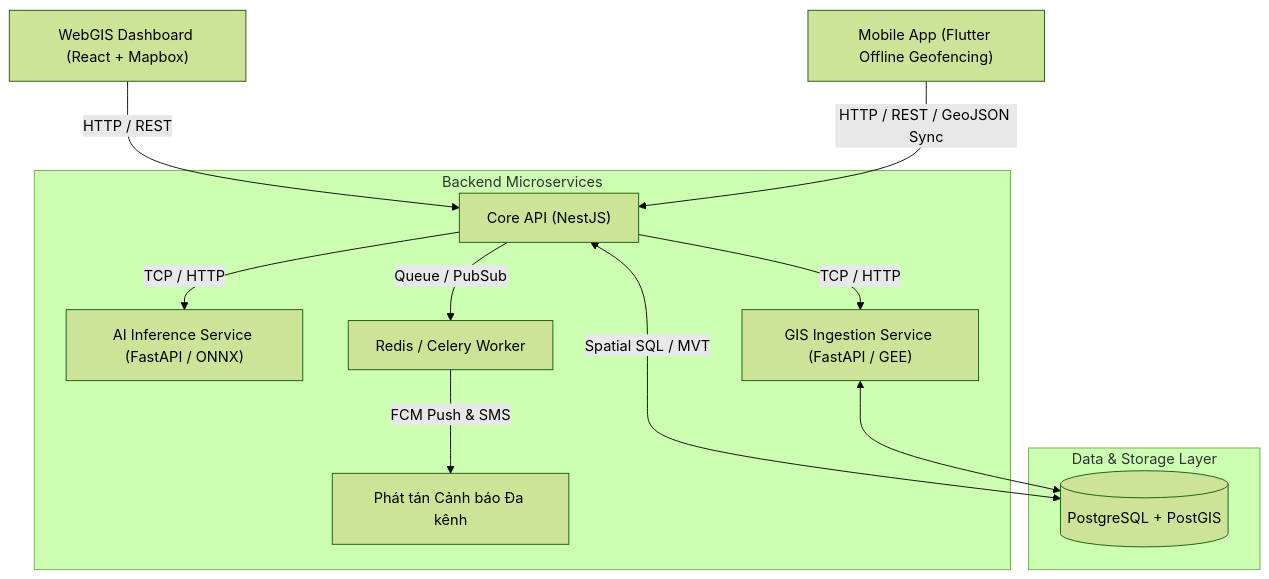
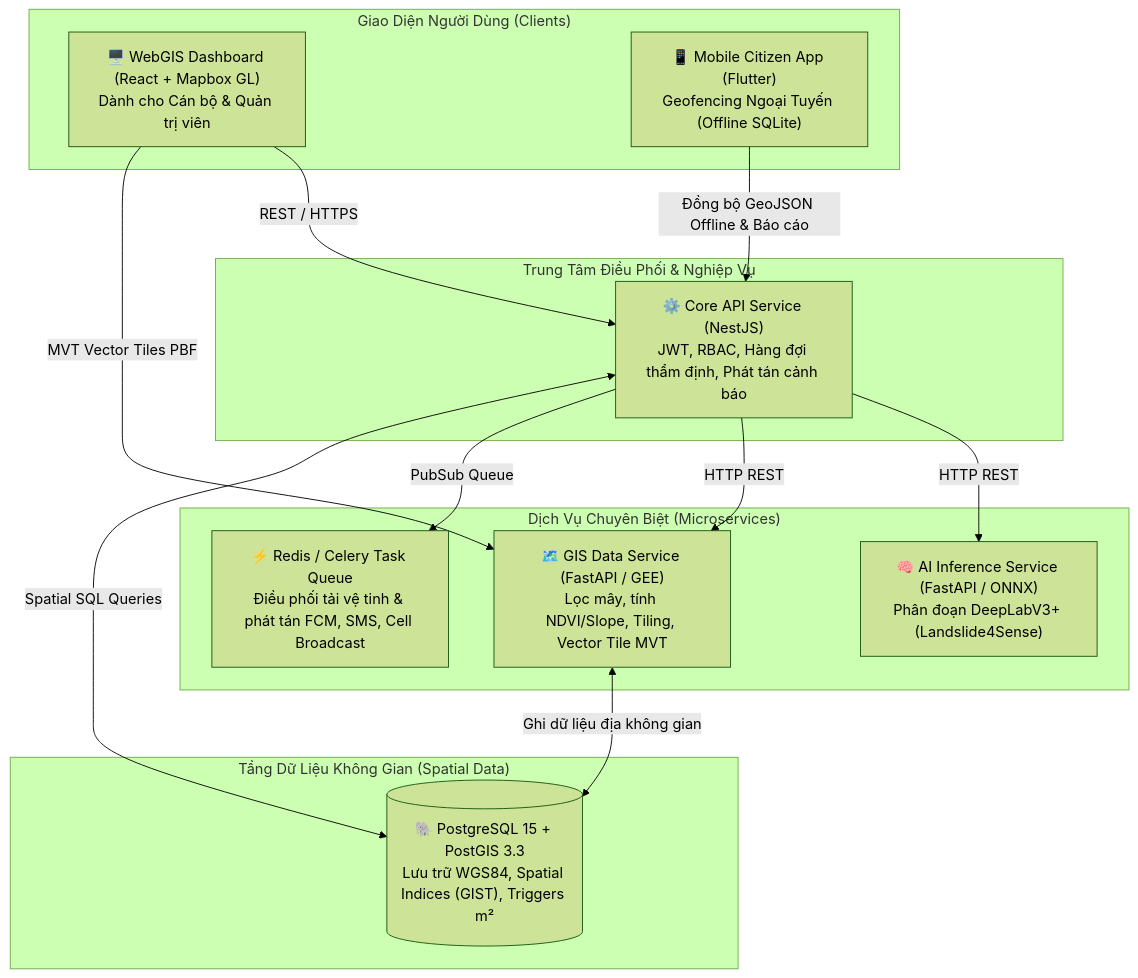
Before and after one commit to Duan0603/TerraWatch: the diagram in README.md, drawn with Mermaid (forest theme). The commit also changed other lines of this file and 11 other files, not shown here.

Commit message:
docs: elevate capstone project standards with C4 SAD, AI model card, PR templates, and PostGIS audit trail

````diff
--- a/README.md
+++ b/README.md
@@ -12,17 +41,31 @@
 ```mermaid
 graph TD
-    ClientWeb["WebGIS Dashboard (React + Mapbox)"] -->|HTTP / REST| CoreAPI["Core API (NestJS)"]
-    ClientMobile["Mobile App (Flutter Offline Geofencing)"] -->|HTTP / REST / GeoJSON Sync| CoreAPI
-    
-    subgraph Services ["Backend Microservices"]
-        CoreAPI -->|TCP / HTTP| AIService["AI Inference Service (FastAPI / ONNX)"]
-        CoreAPI -->|TCP / HTTP| GISService["GIS Ingestion Service (FastAPI / GEE)"]
-        CoreAPI -->|Queue / PubSub| RedisQueue["Redis / Celery Worker"]
-        RedisQueue -->|FCM Push & SMS| CitizenAlerts["Phát tán Cảnh báo Đa kênh"]
+    subgraph Clients ["Giao Diện Người Dùng (Clients)"]
+        WebGIS["🖥️ WebGIS Dashboard (React + Mapbox GL)<br/>Dành cho Cán bộ & Quản trị viên"]
+        MobileApp["📱 Mobile Citizen App (Flutter)<br/>Geofencing Ngoại Tuyến (Offline SQLite)"]
     end
 
-    subgraph DataLayer ["Data & Storage Layer"]
-        CoreAPI <-->|Spatial SQL / MVT| PostGIS[("PostgreSQL + PostGIS")]
-        GISService <--> PostGIS
+    subgraph GatewayCore ["Trung Tâm Điều Phối & Nghiệp Vụ"]
+        CoreAPI["⚙️ Core API Service (NestJS)<br/>JWT, RBAC, Hàng đợi thẩm định, Phát tán cảnh báo"]
     end
+
+    subgraph Microservices ["Dịch Vụ Chuyên Biệt (Microservices)"]
+        AIService["🧠 AI Inference Service (FastAPI / ONNX)<br/>Phân đoạn DeepLabV3+ (Landslide4Sense)"]
+        GISService["🗺️ GIS Data Service (FastAPI / GEE)<br/>Lọc mây, tính NDVI/Slope, Tiling, Vector Tile MVT"]
+        RedisWorker["⚡ Redis / Celery Task Queue<br/>Điều phối tải vệ tinh & phát tán FCM, SMS, Cell Broadcast"]
+    end
+
+    subgraph DataStorage ["Tầng Dữ Liệu Không Gian (Spatial Data)"]
+        PostGIS[("🐘 PostgreSQL 15 + PostGIS 3.3<br/>Lưu trữ WGS84, Spatial Indices (GIST), Triggers m²")]
+    end
+
+    WebGIS -->|REST / HTTPS| CoreAPI
+    WebGIS -->|MVT Vector Tiles PBF| GISService
+    MobileApp -->|Đồng bộ GeoJSON Offline & Báo cáo| CoreAPI
+
+    CoreAPI -->|HTTP REST| AIService
+    CoreAPI -->|HTTP REST| GISService
+    CoreAPI -->|PubSub Queue| RedisWorker
+    CoreAPI <-->|Spatial SQL Queries| PostGIS
+    GISService <-->|Ghi dữ liệu địa không gian| PostGIS
 ```
````
